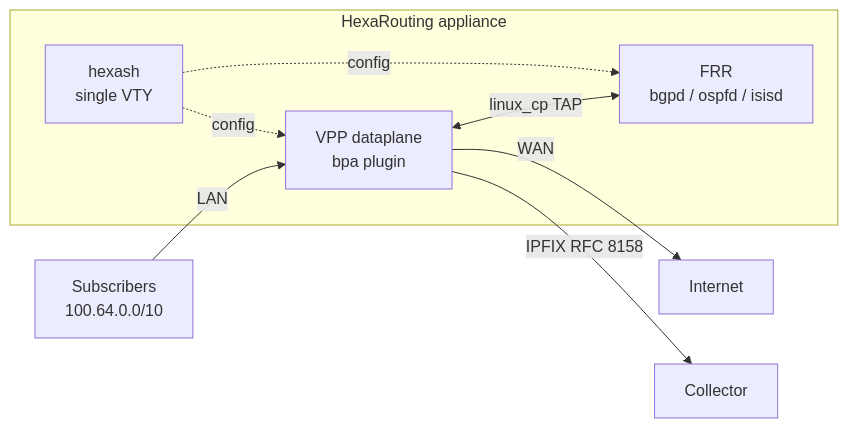
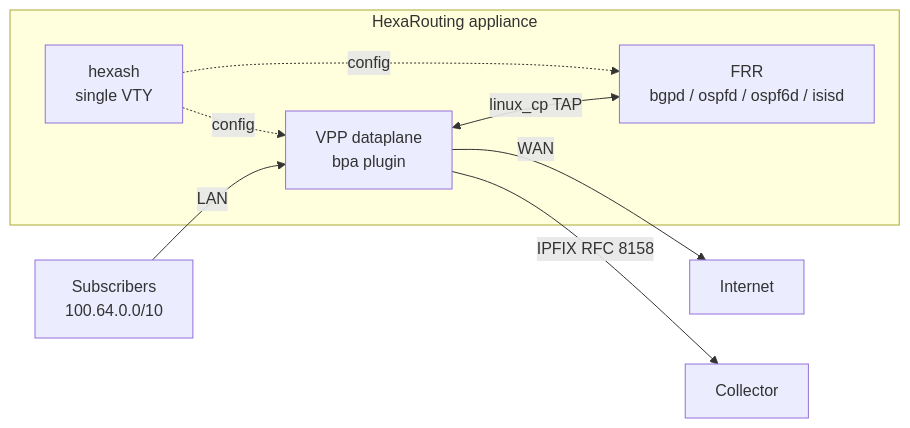
Before and after one commit to andrediashexa/prismarouting: the diagram in README.md, drawn with Mermaid. The commit also changed 13 other files, not shown here.

````diff
--- a/README.md
+++ b/README.md
@@ -36,16 +36,16 @@
 ```mermaid
 flowchart LR
     SUB["Subscribers<br/>100.64.0.0/10"] -->|LAN| VPP
 
     subgraph BOX["HexaRouting appliance"]
         VPP["VPP dataplane<br/>bpa plugin"]
-        FRR["FRR<br/>bgpd / ospfd / isisd"]
+        FRR["FRR<br/>bgpd / ospfd / ospf6d / isisd"]
         VTY["hexash<br/>single VTY"]
         VPP <-->|linux_cp TAP| FRR
         VTY -.->|config| VPP
         VTY -.->|config| FRR
     end
 
     VPP -->|WAN| NET["Internet"]
     VPP -->|IPFIX RFC 8158| COL["Collector"]
 ```
````
